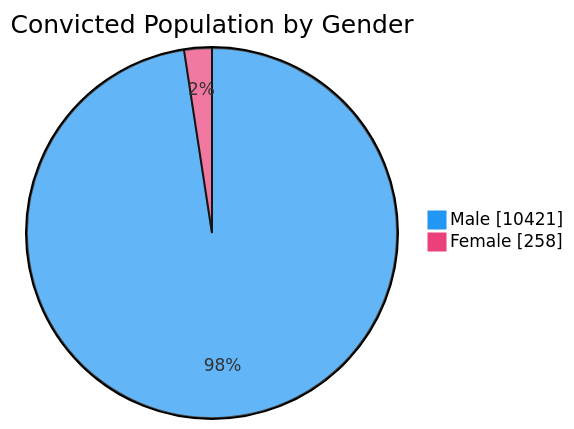
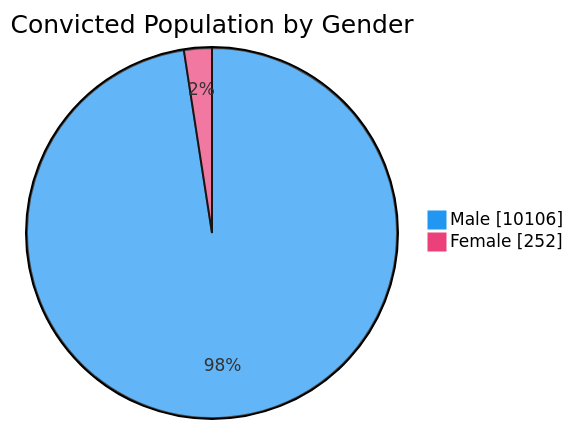
One commit to nuuuwan/lk_prisons changed the third of 7 diagrams in README.md. Above: the diagram before and after it, drawn with Mermaid. The commit also changed other lines of this file and 1 other file, not shown here.

````diff
--- a/README.md
+++ b/README.md
@@ -65,6 +65,6 @@
 ```mermaid
 %%{init: {'themeVariables': {'pie1': '#2196F3', 'pie2': '#EC407A'}}}%%
 pie showData title Convicted Population by Gender
-    "Male" : 10421
-    "Female" : 258
+    "Male" : 10106
+    "Female" : 252
 ```
````
